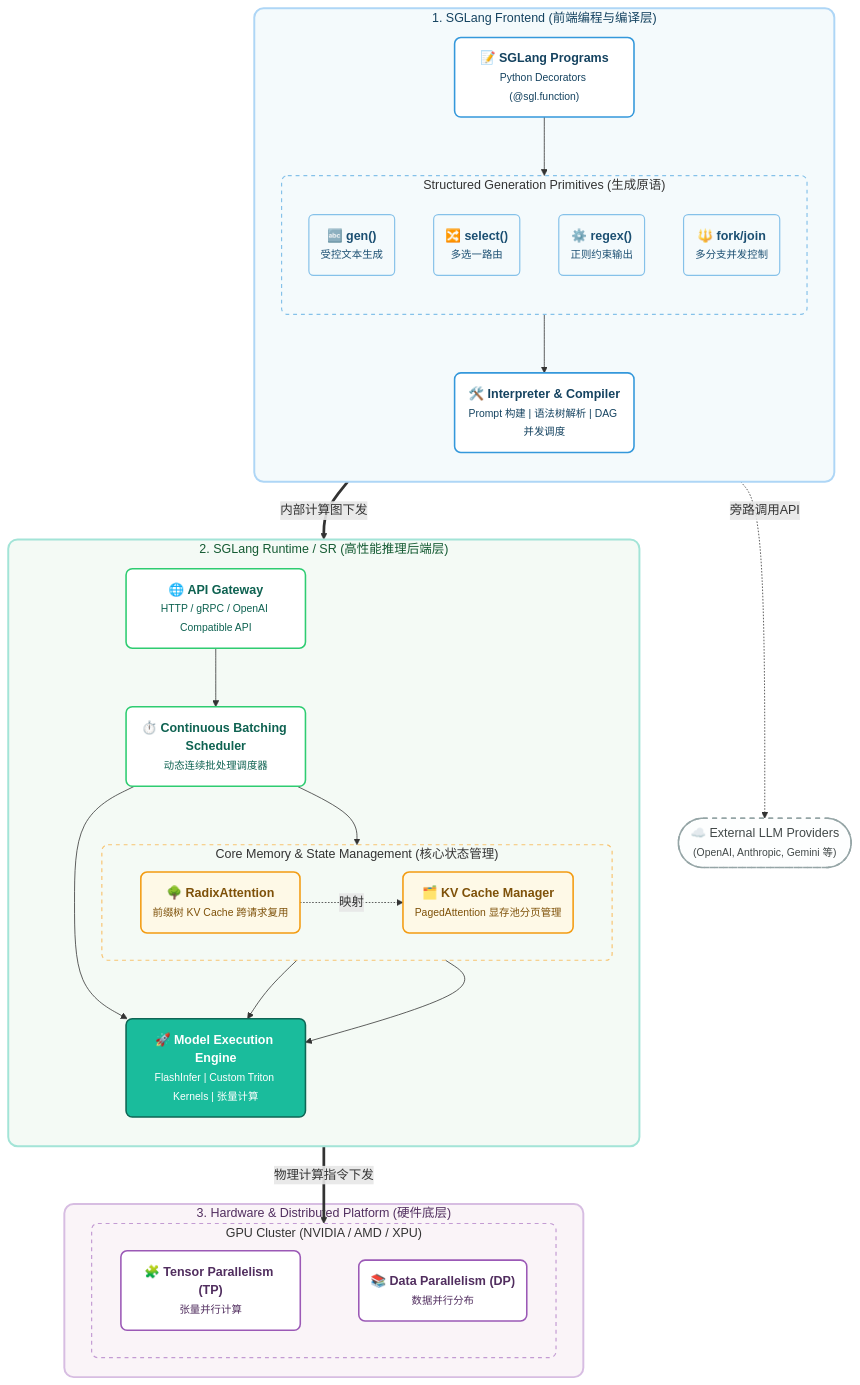
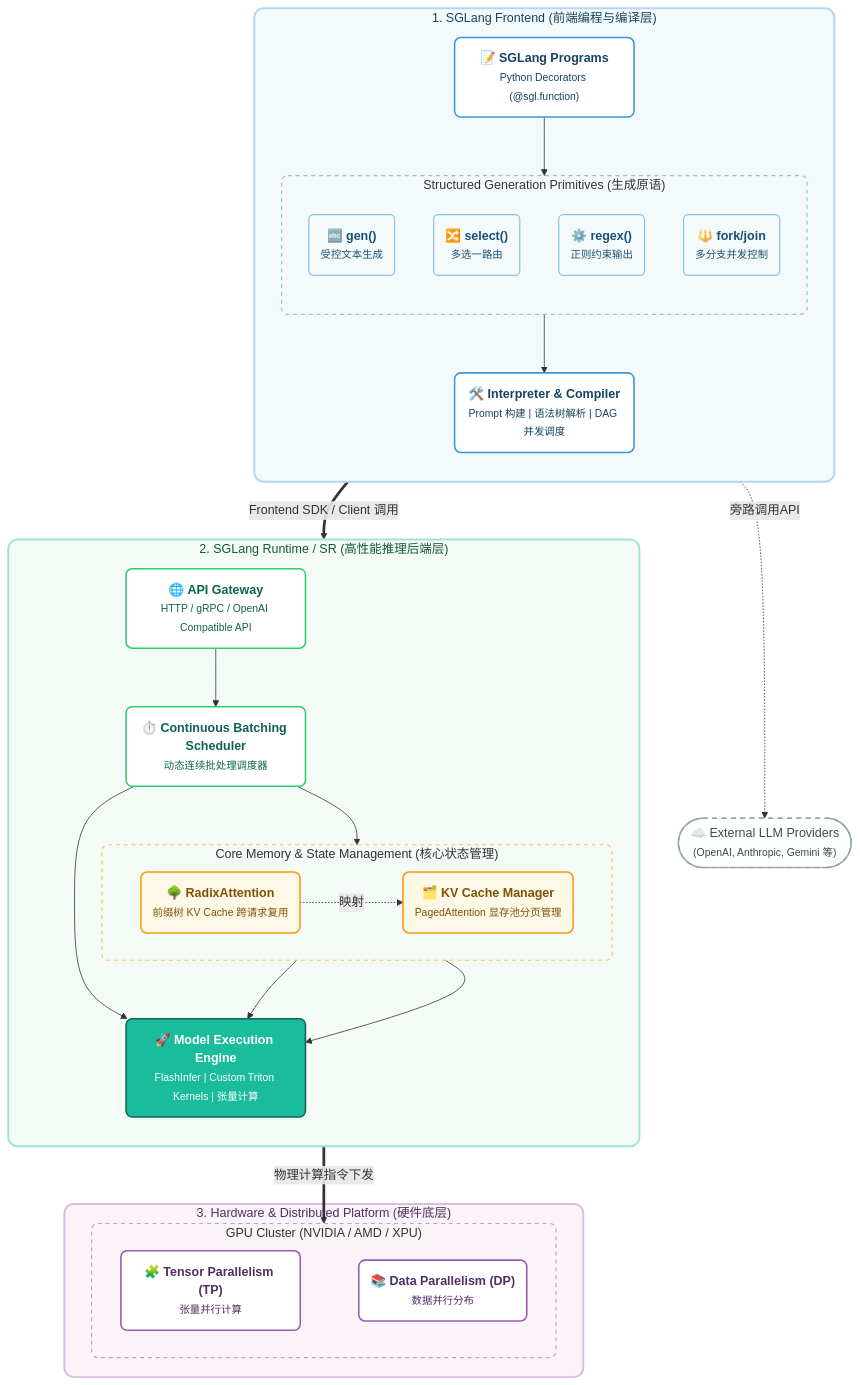
The first of 2 diagrams in learning_summaries/architechture.md (Yael-X/sglang), drawn with Mermaid before and after one commit. The commit also changed 8 other files, not shown here.

````diff
--- a/learning_summaries/architechture.md
+++ b/learning_summaries/architechture.md
@@ -1,82 +1,82 @@
 ```mermaid
 flowchart TB
     %% ================= 样式定义 (纯净兼容扁平化设计) =================
     classDef frontendNode fill:#FFFFFF,stroke:#3498DB,stroke-width:2px,color:#154360,rx:8,ry:8
     classDef primitiveNode fill:#F4FAFC,stroke:#85C1E9,stroke-width:1.5px,color:#1B4F72,rx:6,ry:6
     classDef backendNode fill:#FFFFFF,stroke:#2ECC71,stroke-width:2px,color:#0E6251,rx:8,ry:8
     
     %% 核心引擎使用重色块反白突出
     classDef engineNode fill:#1ABC9C,stroke:#0E6655,stroke-width:2px,color:#FFFFFF,rx:8,ry:8
     
     classDef memoryNode fill:#FEF9E7,stroke:#F39C12,stroke-width:2px,color:#7E5109,rx:8,ry:8
     classDef hardwareNode fill:#FFFFFF,stroke:#9B59B6,stroke-width:2px,color:#512E5F,rx:8,ry:8
     classDef externalNode fill:#FDFEFE,stroke:#95A5A6,stroke-width:2px,stroke-dasharray: 6 6,color:#424949,rx:20,ry:20
 
     %% ================= 外部接口 =================
     ExternalAPI(["☁️ External LLM Providers<br/><small>(OpenAI, Anthropic, Gemini 等)</small>"]):::externalNode
 
     %% ================= 1. 前端层 =================
     subgraph FrontendLayer["<nobr>1. SGLang Frontend (前端编程与编译层)</nobr>"]
         direction TB
         Program("📝 <b>SGLang Programs</b><br/><small>Python Decorators (@sgl.function)</small>"):::frontendNode
         
         subgraph Primitives["<nobr>Structured Generation Primitives (生成原语)</nobr>"]
             direction TB
             P_Gen("`**🔤 gen()**<br/><small>受控文本生成</small>`"):::primitiveNode
             P_Sel("`**🔀 select()**<br/><small>多选一路由</small>`"):::primitiveNode
             P_Reg("`**⚙️ regex()**<br/><small>正则约束输出</small>`"):::primitiveNode
             P_Fork("`**🔱 fork/join**<br/><small>多分支并发控制</small>`"):::primitiveNode
         end
         
         Compiler("🛠️ <b>Interpreter & Compiler</b><br/><small>Prompt 构建 | 语法树解析 | DAG 并发调度</small>"):::frontendNode
         
         Program --> Primitives
         Primitives --> Compiler
     end
 
     %% ================= 2. 后端层 =================
     subgraph BackendLayer["<nobr>2. SGLang Runtime / SR (高性能推理后端层)</nobr>"]
         direction TB
         APIGateway("🌐 <b>API Gateway</b><br/><small>HTTP / gRPC / OpenAI Compatible API</small>"):::backendNode
         Scheduler("⏱️ <b>Continuous Batching Scheduler</b><br/><small>动态连续批处理调度器</small>"):::backendNode
         
         subgraph Memory["<nobr>Core Memory & State Management (核心状态管理)</nobr>"]
             direction LR
             Radix("`**🌳 RadixAttention**<br/><small>前缀树 KV Cache 跨请求复用</small>`"):::memoryNode
             KVCache("`**🗂️ KV Cache Manager**<br/><small>PagedAttention 显存池分页管理</small>`"):::memoryNode
             Radix -.->|映射| KVCache
         end
         
         Engine("`**🚀 Model Execution Engine**<br/><small>FlashInfer | Custom Triton Kernels | 张量计算</small>`"):::engineNode
         
         APIGateway --> Scheduler
         Scheduler --> Radix
         Scheduler --> Engine
         Radix --> Engine
         KVCache --> Engine
     end
 
     %% ================= 3. 硬件层 =================
     subgraph HardwareLayer["<nobr>3. Hardware & Distributed Platform (硬件底层)</nobr>"]
         subgraph GPU["<nobr>GPU Cluster (NVIDIA / AMD / XPU)</nobr>"]
             direction LR
             TP("`**🧩 Tensor Parallelism (TP)**<br/><small>张量并行计算</small>`"):::hardwareNode
             DP("`**📚 Data Parallelism (DP)**<br/><small>数据并行分布</small>`"):::hardwareNode
             TP ~~~ DP
         end
     end
 
     %% ================= 跨层级连线 =================
-    Compiler == "内部计算图下发" ==> APIGateway
+    Compiler == "Frontend SDK / Client 调用" ==> APIGateway
     Compiler -. "旁路调用API" .-> ExternalAPI
     Engine == "物理计算指令下发" ==> GPU
 
     %% ================= 容器(子图)样式 (增大圆角与优化边框) =================
     style FrontendLayer fill:#F4FAFC,stroke:#AED6F6,stroke-width:2.5px,color:#154360,rx:12,ry:12
     style BackendLayer fill:#F4FAF5,stroke:#A3E4D7,stroke-width:2.5px,color:#145A32,rx:12,ry:12
     style HardwareLayer fill:#FAF4F8,stroke:#D7BDE2,stroke-width:2.5px,color:#512E5F,rx:12,ry:12
     
     style Primitives fill:none,stroke:#85C1E9,stroke-width:1.5px,stroke-dasharray: 5 5,rx:8,ry:8
     style Memory fill:none,stroke:#F8C471,stroke-width:1.5px,stroke-dasharray: 5 5,rx:8,ry:8
     style GPU fill:none,stroke:#C39BD3,stroke-width:1.5px,stroke-dasharray: 5 5,rx:8,ry:8
 ```
````
